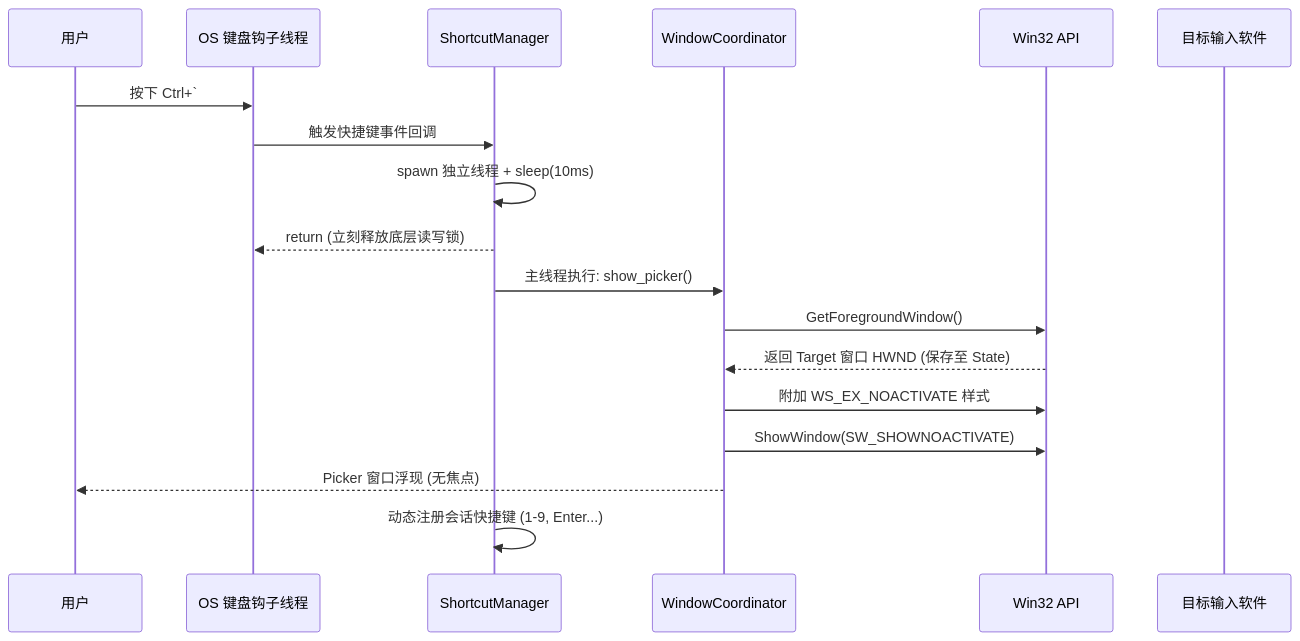
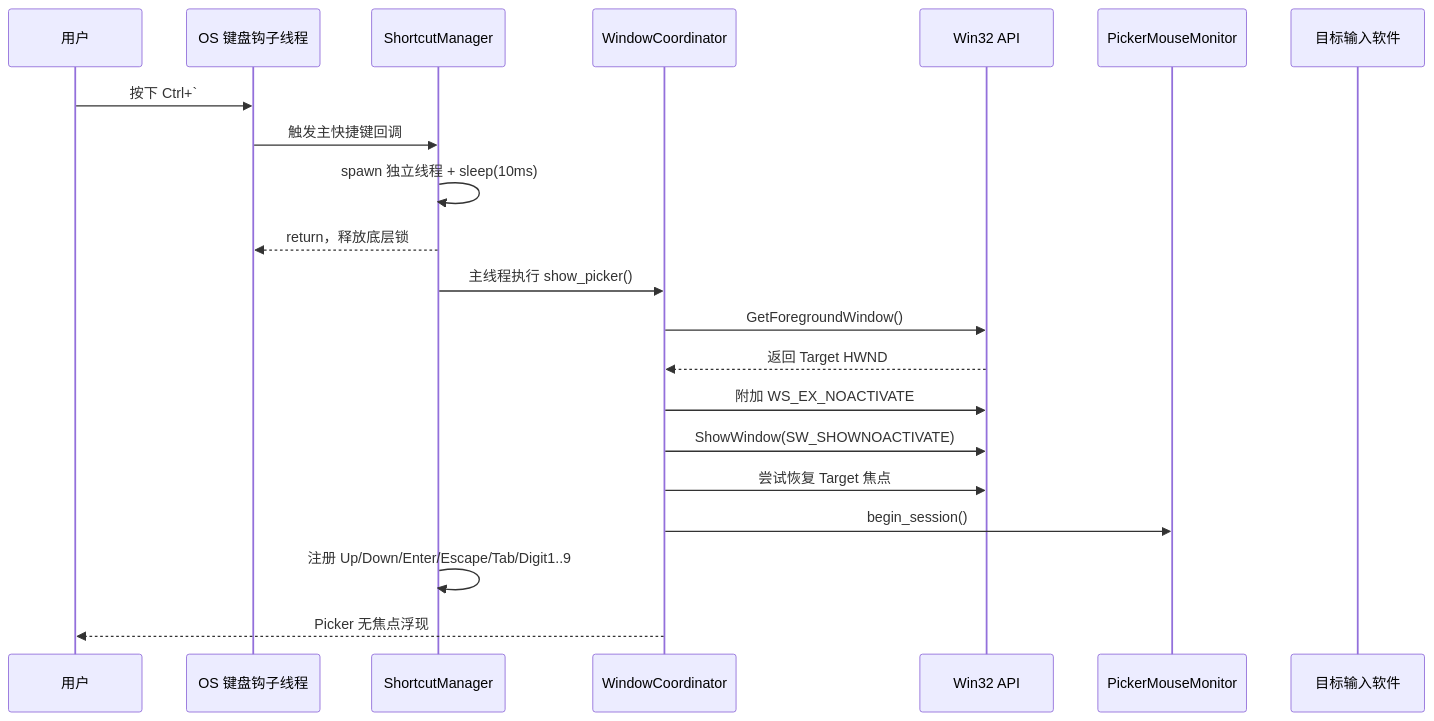
The first of 3 diagrams in docs/无焦点速贴窗口架构与防坑指南.md (tranquil-w/floatpaste), drawn with Mermaid before and after one commit. The commit also changed other lines of this file and 1 other file, not shown here.

````diff
--- a/docs/无焦点速贴窗口架构与防坑指南.md
+++ b/docs/无焦点速贴窗口架构与防坑指南.md
@@ -22,26 +27,25 @@
 ```mermaid
 sequenceDiagram
     participant User as 用户
     participant Hook as OS 键盘钩子线程
     participant Shortcut as ShortcutManager
     participant Window as WindowCoordinator
     participant Win32 as Win32 API
+    participant Mouse as PickerMouseMonitor
     participant Target as 目标输入软件
 
     User->>Hook: 按下 Ctrl+`
-    Hook->>Shortcut: 触发快捷键事件回调
-    
-    %% 避免死锁的关键异步派发
+    Hook->>Shortcut: 触发主快捷键回调
     Shortcut->>Shortcut: spawn 独立线程 + sleep(10ms)
-    Shortcut-->>Hook: return (立刻释放底层读写锁)
-    
-    Shortcut->>Window: 主线程执行: show_picker()
+    Shortcut-->>Hook: return，释放底层锁
+
+    Shortcut->>Window: 主线程执行 show_picker()
     Window->>Win32: GetForegroundWindow()
-    Win32-->>Window: 返回 Target 窗口 HWND (保存至 State)
-    
-    Window->>Win32: 附加 WS_EX_NOACTIVATE 样式
+    Win32-->>Window: 返回 Target HWND
+    Window->>Win32: 附加 WS_EX_NOACTIVATE
     Window->>Win32: ShowWindow(SW_SHOWNOACTIVATE)
-    Window-->>User: Picker 窗口浮现 (无焦点)
-    
-    Shortcut->>Shortcut: 动态注册会话快捷键 (1-9, Enter...)
+    Window->>Win32: 尝试恢复 Target 焦点
+    Window->>Mouse: begin_session()
+    Shortcut->>Shortcut: 注册 Up/Down/Enter/Escape/Tab/Digit1..9
+    Window-->>User: Picker 无焦点浮现
 ```
````
